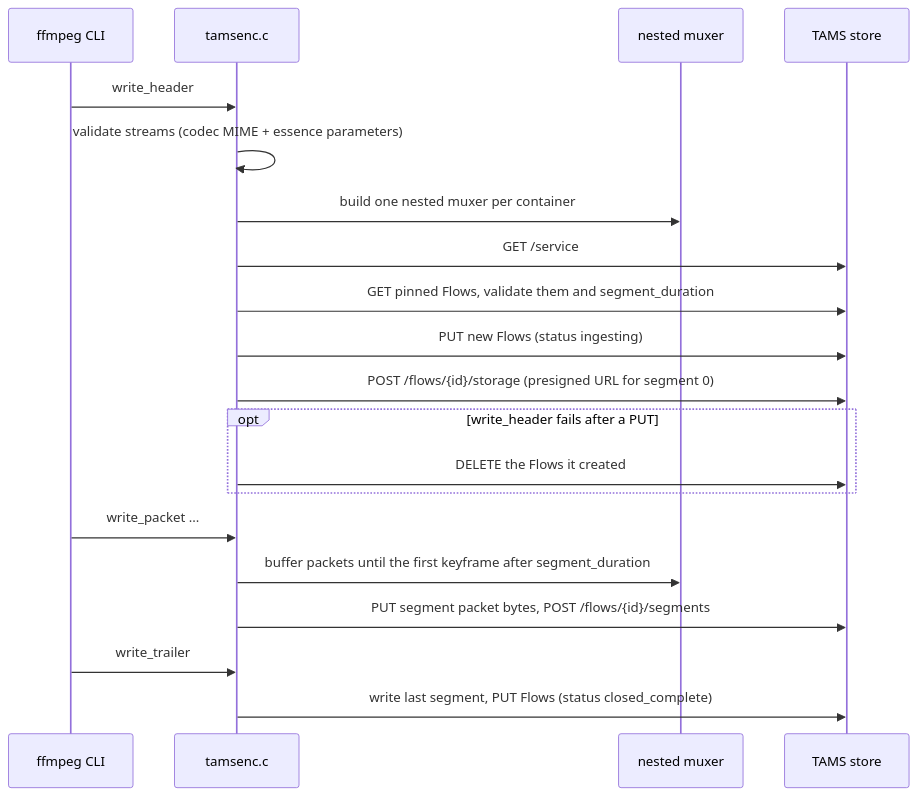
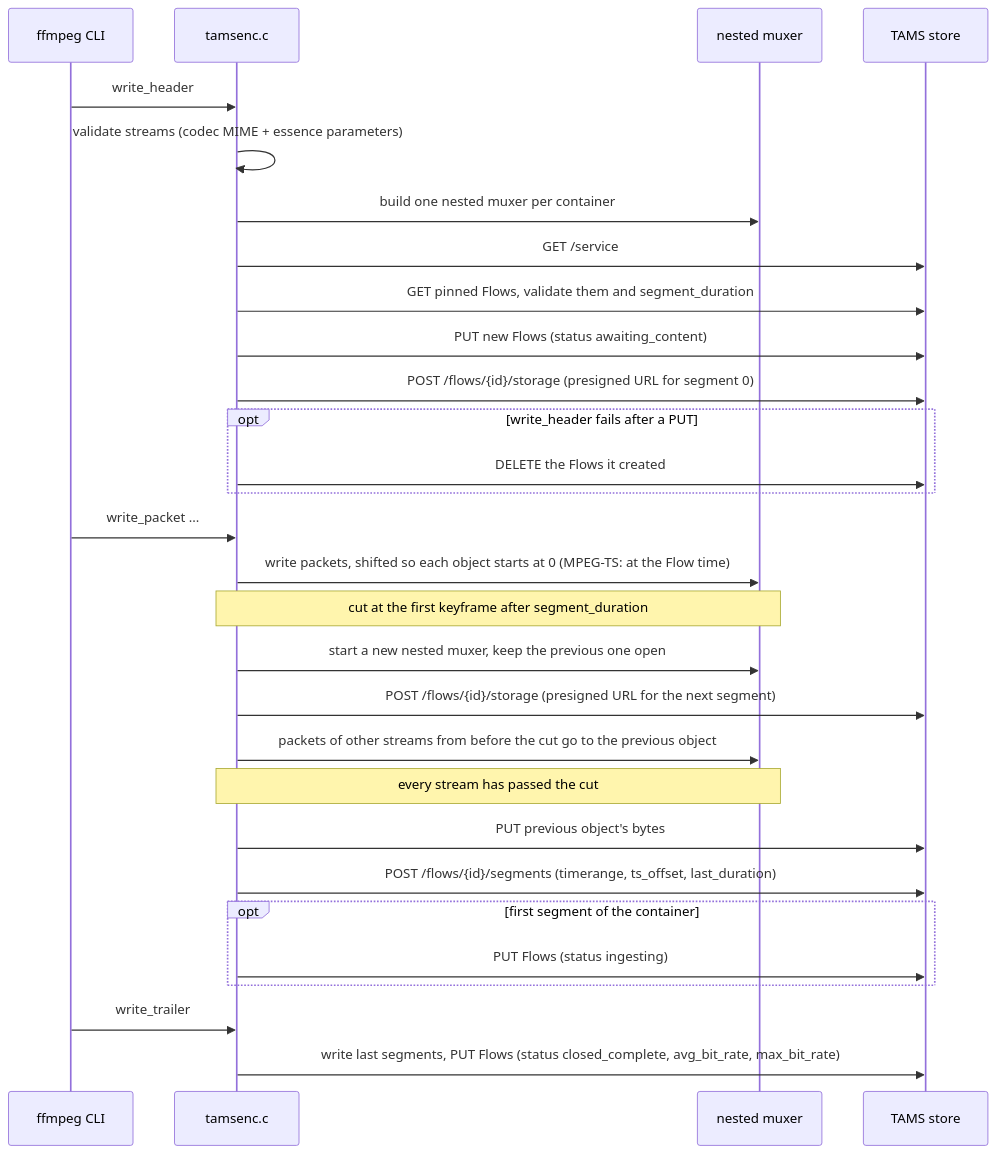
One commit to hootworks/website changed the fourth of 5 diagrams in content/news/tams-implementation-in-ffmpeg/index.md. Above: the diagram before and after it, drawn with Mermaid. The commit also changed other lines of this file and 1 other file, not shown here.

Commit message:
TAMS post: appnote 0002 timing, packet routing, Flow metadata, MP4 edit lists; regenerated FATE samples

````diff
--- a/content/news/tams-implementation-in-ffmpeg/index.md
+++ b/content/news/tams-implementation-in-ffmpeg/index.md
@@ -413,23 +430,32 @@
 ```mermaid
 sequenceDiagram
     participant CLI as ffmpeg CLI
     participant Mux as tamsenc.c
     participant Sub as nested muxer
     participant TAMS as TAMS store
 
     CLI->>Mux: write_header
     Mux->>Mux: validate streams (codec MIME + essence parameters)
     Mux->>Sub: build one nested muxer per container
     Mux->>TAMS: GET /service
     Mux->>TAMS: GET pinned Flows, validate them and segment_duration
-    Mux->>TAMS: PUT new Flows (status ingesting)
+    Mux->>TAMS: PUT new Flows (status awaiting_content)
     Mux->>TAMS: POST /flows/{id}/storage (presigned URL for segment 0)
     opt write_header fails after a PUT
         Mux->>TAMS: DELETE the Flows it created
     end
     CLI->>Mux: write_packet ...
-    Mux->>Sub: buffer packets until the first keyframe after segment_duration
-    Mux->>TAMS: PUT segment packet bytes, POST /flows/{id}/segments
+    Mux->>Sub: write packets, shifted so each object starts at 0 (MPEG-TS: at the Flow time)
+    Note over Mux,Sub: cut at the first keyframe after segment_duration
+    Mux->>Sub: start a new nested muxer, keep the previous one open
+    Mux->>TAMS: POST /flows/{id}/storage (presigned URL for the next segment)
+    Mux->>Sub: packets of other streams from before the cut go to the previous object
+    Note over Mux,Sub: every stream has passed the cut
+    Mux->>TAMS: PUT previous object's bytes
+    Mux->>TAMS: POST /flows/{id}/segments (timerange, ts_offset, last_duration)
+    opt first segment of the container
+        Mux->>TAMS: PUT Flows (status ingesting)
+    end
     CLI->>Mux: write_trailer
-    Mux->>TAMS: write last segment, PUT Flows (status closed_complete)
+    Mux->>TAMS: write last segments, PUT Flows (status closed_complete, avg_bit_rate, max_bit_rate)
 ```
````
